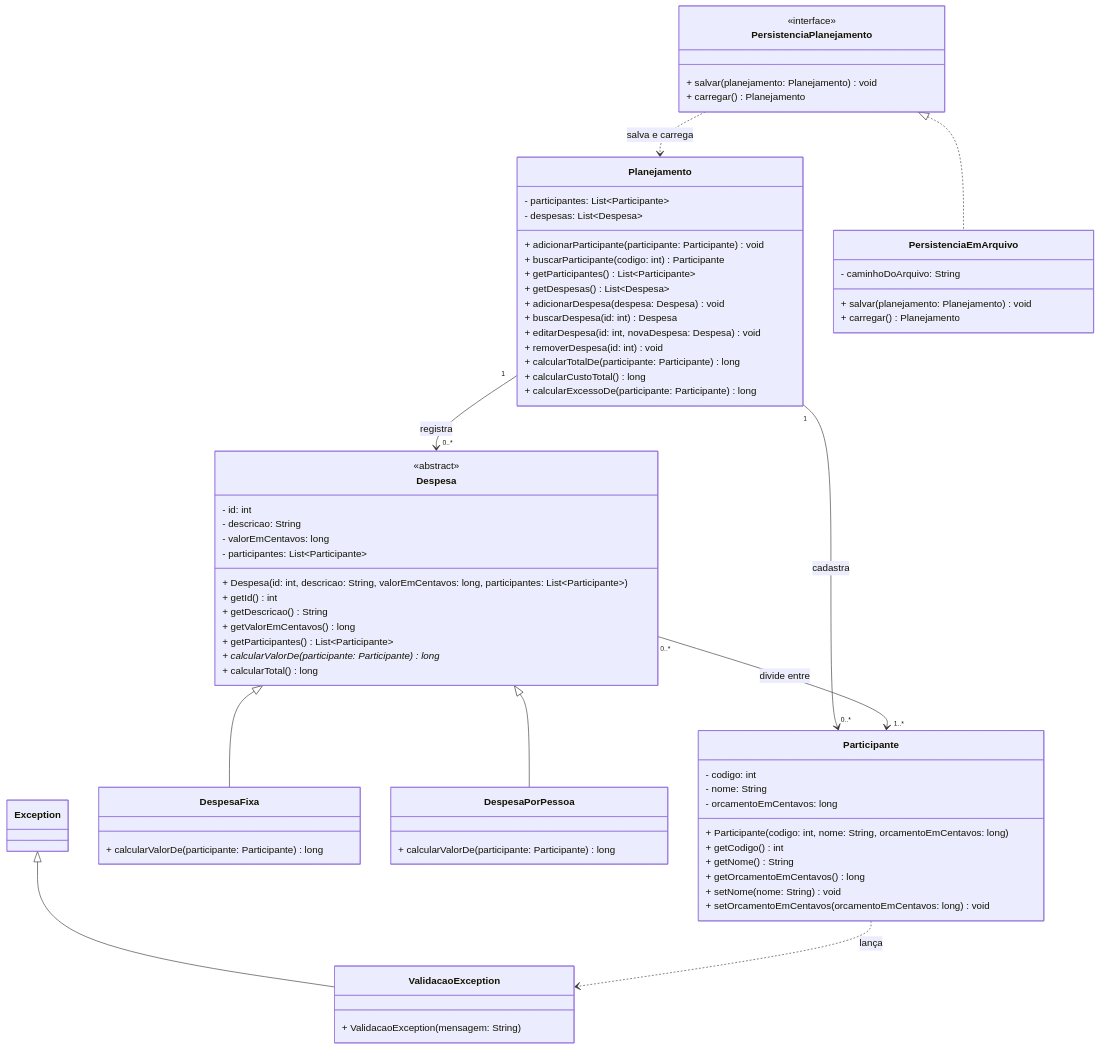
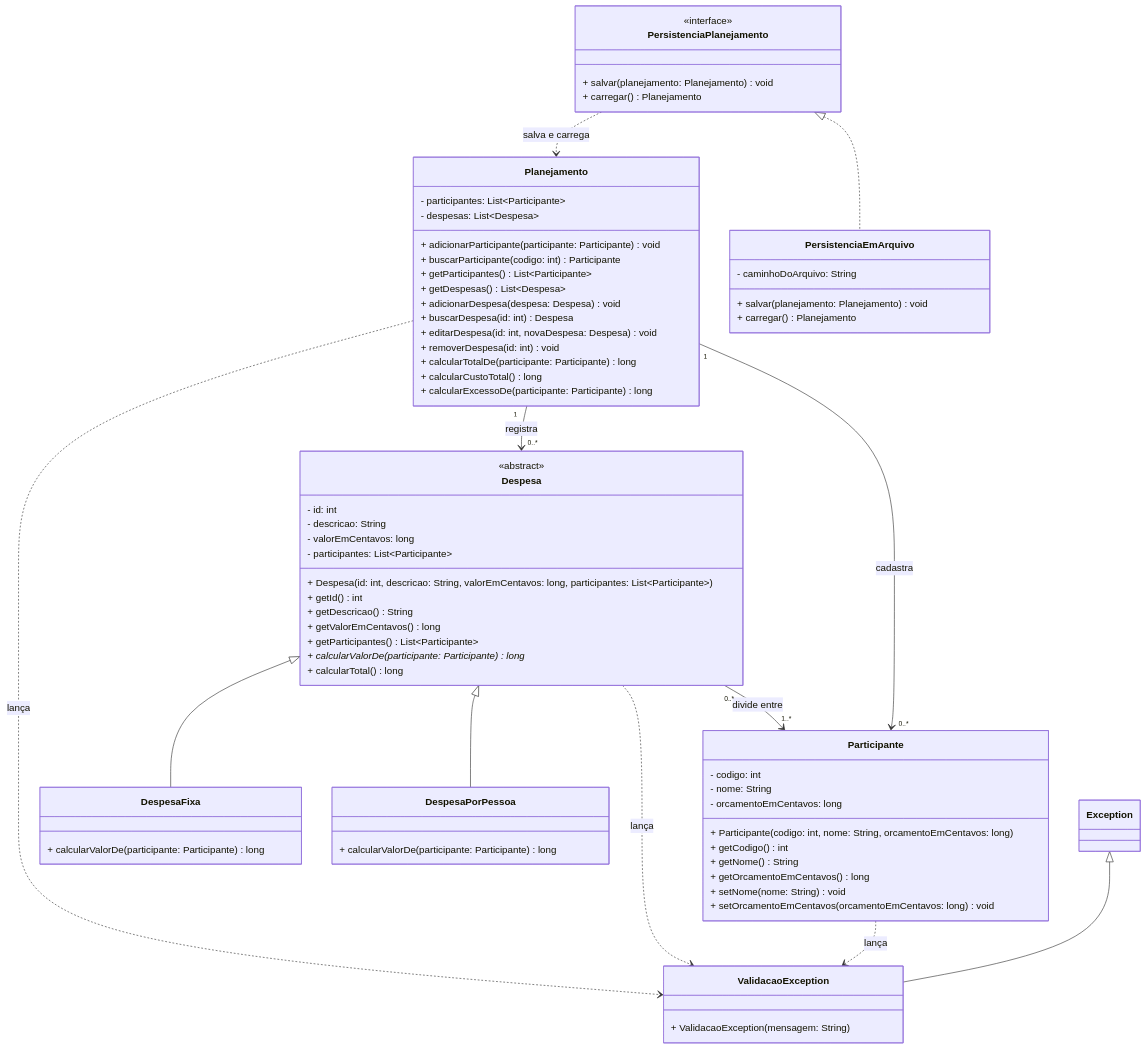
Before and after one commit to samuelbatista/unifor-poo-gestor-financas: the diagram in docs/uml.md, drawn with Mermaid. The commit also changed other lines of this file and 2 other files, not shown here.

Commit message:
feat: Planejamento com CRUD, código único e resumo do caso de referência

````diff
--- a/docs/uml.md
+++ b/docs/uml.md
@@ -123,4 +123,6 @@
     %% ===== Dependências =====
     PersistenciaPlanejamento ..> Planejamento : salva e carrega
     Participante ..> ValidacaoException : lança
+    Despesa ..> ValidacaoException : lança
+    Planejamento ..> ValidacaoException : lança
 ```
````
